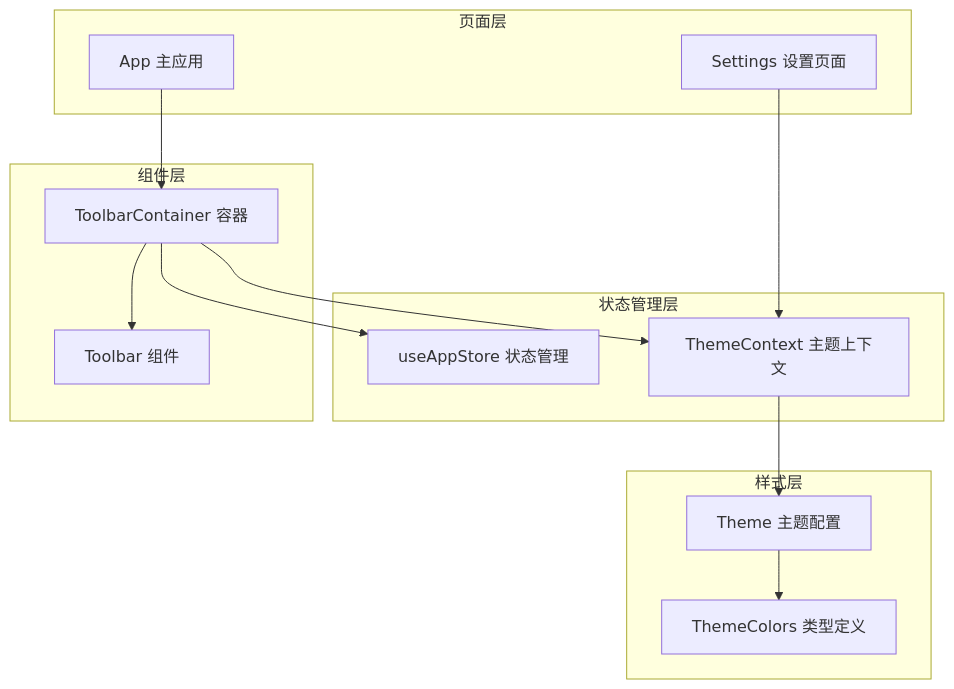
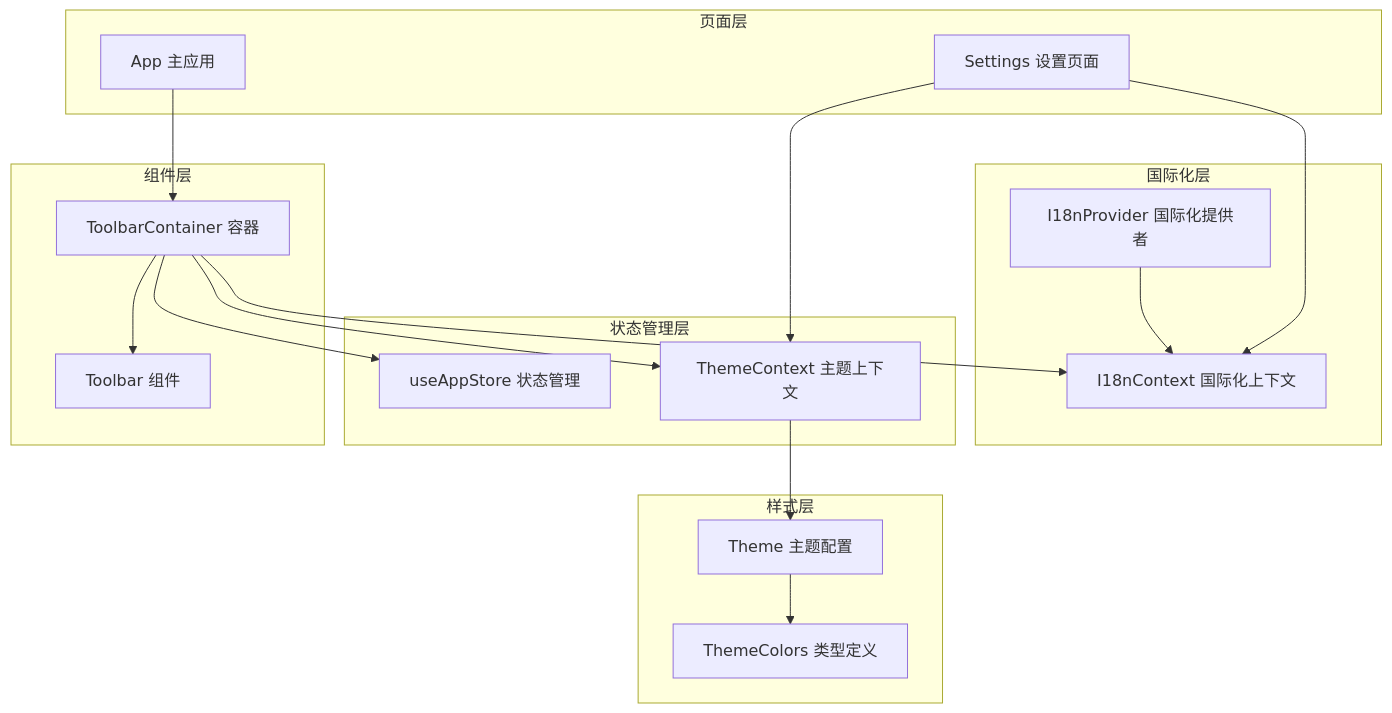
One commit to YLee9527/Medex changed the first of 6 diagrams in repowiki/zh/content/前端开发/UI 组件详解/工具栏组件 (Toolbar).md. Above: the diagram before and after it, drawn with Mermaid. The commit also changed other lines of this file and 13 other files, not shown here.

````diff
--- a/repowiki/zh/content/前端开发/UI 组件详解/工具栏组件 (Toolbar).md
+++ b/repowiki/zh/content/前端开发/UI 组件详解/工具栏组件 (Toolbar).md
@@ -36,26 +51,33 @@
 ```mermaid
 graph TB
 subgraph "组件层"
 Toolbar[Toolbar 组件]
 ToolbarContainer[ToolbarContainer 容器]
+end
+subgraph "国际化层"
+I18nContext[I18nContext 国际化上下文]
+I18nProvider[I18nProvider 国际化提供者]
 end
 subgraph "状态管理层"
 Store[useAppStore 状态管理]
 ThemeContext[ThemeContext 主题上下文]
 end
 subgraph "页面层"
 App[App 主应用]
 Settings[Settings 设置页面]
 end
 subgraph "样式层"
 Theme[Theme 主题配置]
 ThemeColors[ThemeColors 类型定义]
 end
 ToolbarContainer --> Toolbar
 ToolbarContainer --> Store
 ToolbarContainer --> ThemeContext
+ToolbarContainer --> I18nContext
+I18nProvider --> I18nContext
 App --> ToolbarContainer
 Settings --> ThemeContext
+Settings --> I18nContext
 ThemeContext --> Theme
 Theme --> ThemeColors
 ```
````
